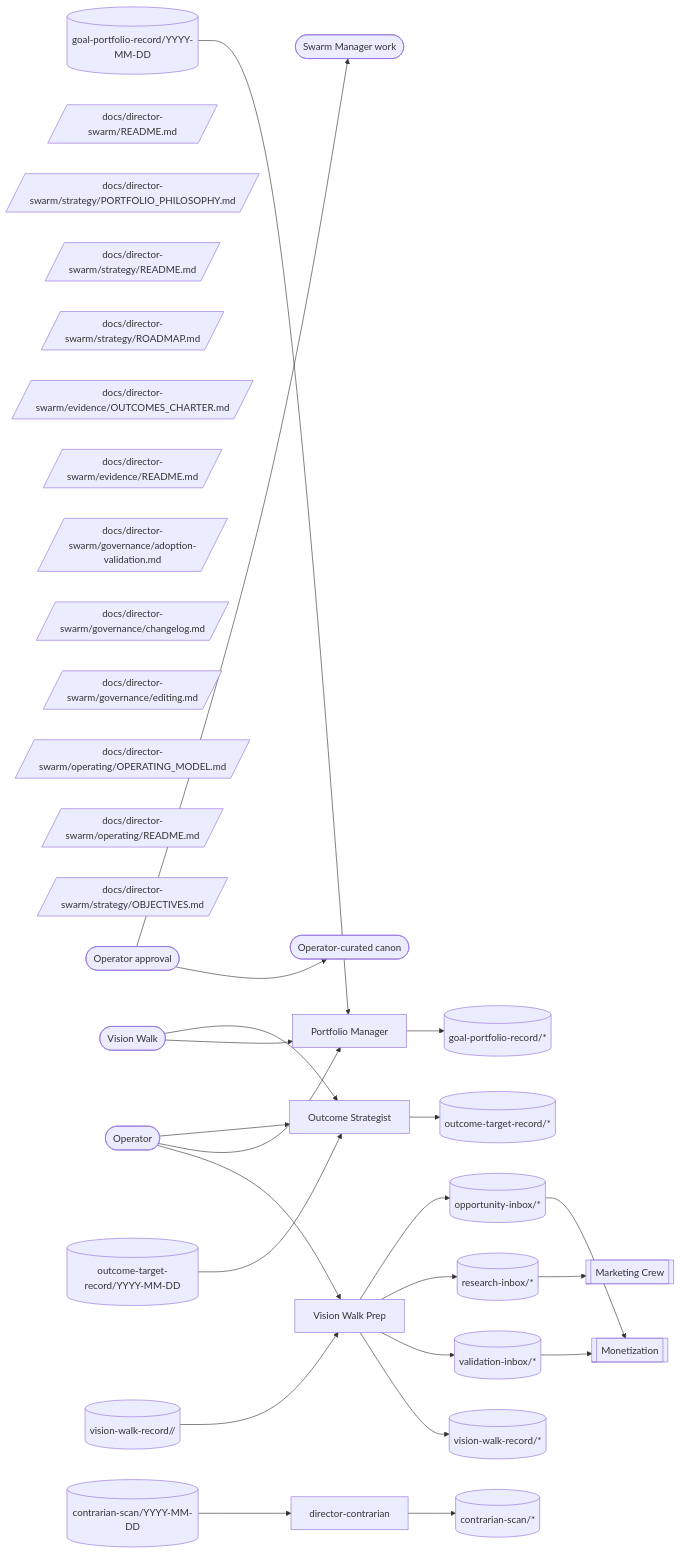
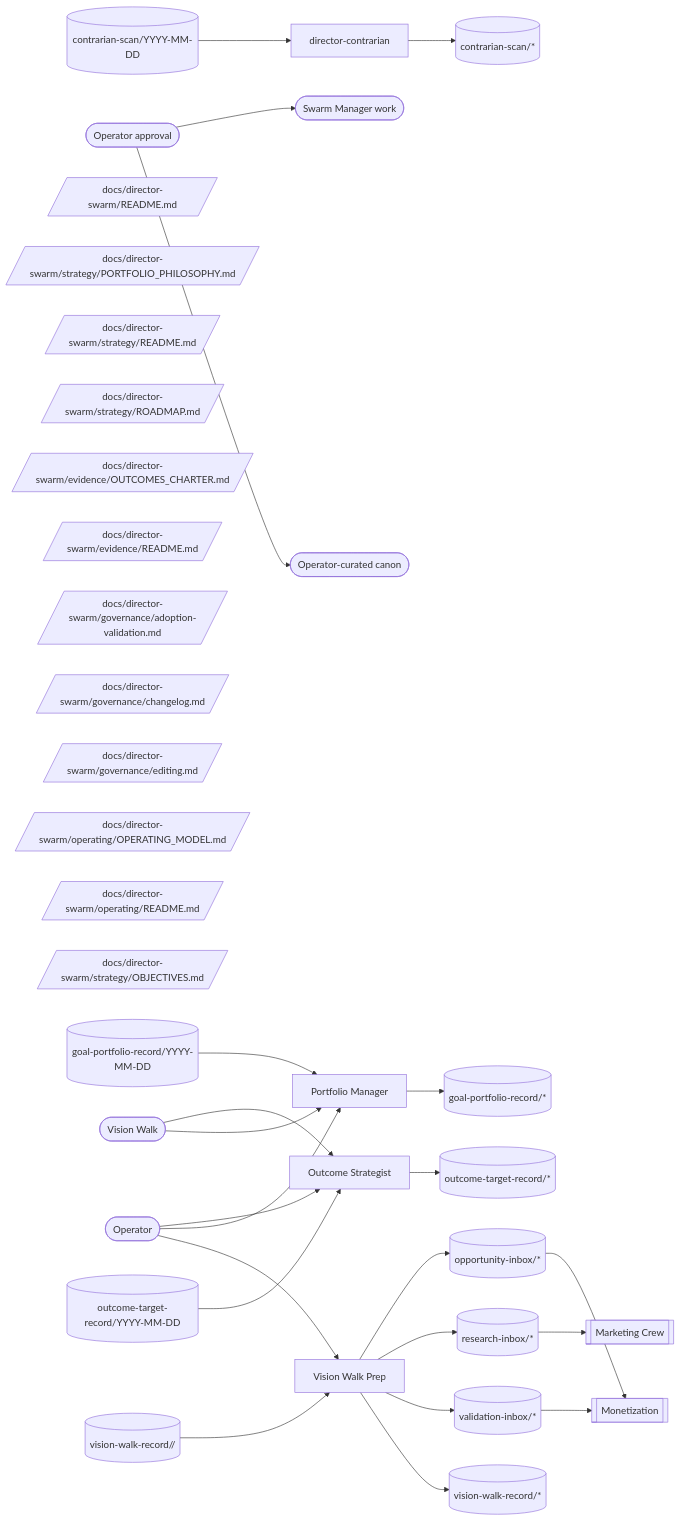
Before and after one commit to Vrooli/Vrooli: the diagram in docs/director-swarm/operating/OPERATING_MODEL.md, drawn with Mermaid. The commit also changed other lines of this file and 84 other files, not shown here.

```diff
--- a/docs/director-swarm/operating/OPERATING_MODEL.md
+++ b/docs/director-swarm/operating/OPERATING_MODEL.md
@@ -67,6 +67,12 @@
   APPROVAL([Operator approval])
   %% @node CANON process:operator-curated-canon
   CANON([Operator-curated canon])
+  %% @node CONTRARIANSC topic:contrarian-scan/*
+  CONTRARIANSC[(contrarian-scan/*)]
+  %% @node CONTRARIANSC2 topic:contrarian-scan/YYYY-MM-DD
+  CONTRARIANSC2[(contrarian-scan/YYYY-MM-DD)]
+  %% @node DIRECTORCONT member:director-contrarian
+  DIRECTORCONT[director-contrarian]
   %% @node DOCSDIRECTOR por:docs/director-swarm/README.md
   DOCSDIRECTOR[/docs/director-swarm/README.md/]
   %% @node DOCSDIRECTOR10 por:docs/director-swarm/strategy/PORTFOLIO_PHILOSOPHY.md
@@ -125,12 +131,6 @@
   VWP[Vision Walk Prep]
   %% @node WALK topic:vision-walk-record/<date>/<slug>
   WALK[(vision-walk-record/<date>/<slug>)]
-  %% @node DIRECTORCONT member:director-contrarian
-  DIRECTORCONT[director-contrarian]
-  %% @node CONTRARIANSC topic:contrarian-scan/*
-  CONTRARIANSC[(contrarian-scan/*)]
-  %% @node CONTRARIANSC2 topic:contrarian-scan/YYYY-MM-DD
-  CONTRARIANSC2[(contrarian-scan/YYYY-MM-DD)]
 
   OP --> OS
   OP --> PM
```
